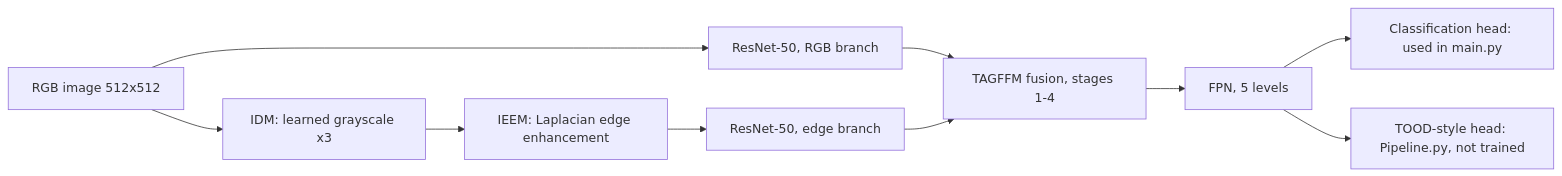
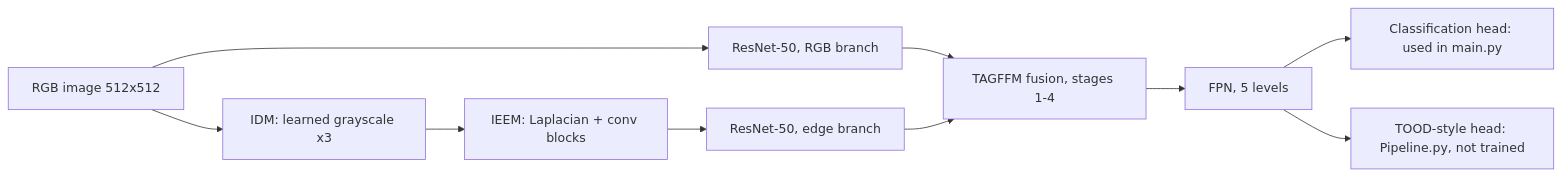
The diagram in README.md (sarpvulas/COMP541_CourseProject), drawn with Mermaid before and after one commit. The commit also changed other lines of this file, not shown here.

````diff
--- a/README.md
+++ b/README.md
@@ -33,12 +34,12 @@
 ```mermaid
 flowchart LR
     A[RGB image 512x512] --> B[IDM: learned grayscale x3]
-    B --> C[IEEM: Laplacian edge enhancement]
+    B --> C[IEEM: Laplacian + conv blocks]
     A --> D[ResNet-50, RGB branch]
     C --> E[ResNet-50, edge branch]
     D --> F[TAGFFM fusion, stages 1-4]
     E --> F
     F --> G[FPN, 5 levels]
     G --> H[Classification head: used in main.py]
     G --> I[TOOD-style head: Pipeline.py, not trained]
 ```
````
